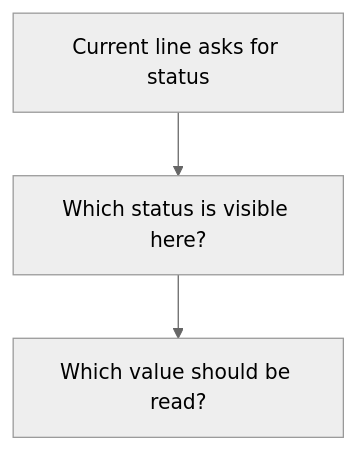
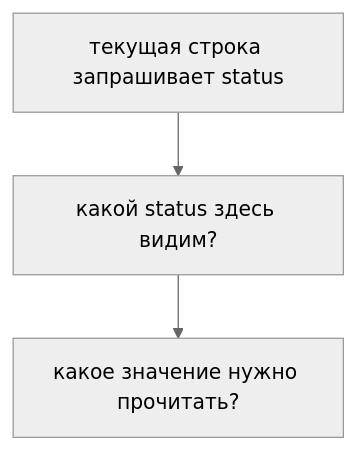
The fifth of 9 diagrams in docs/01-javascript/07-scope.md (Bimba333/qa-js-ts-cookbook), drawn with Mermaid (neutral theme) before and after one commit. The commit also changed other lines of this file and 101 other files, not shown here.

````diff
--- a/docs/01-javascript/07-scope.md
+++ b/docs/01-javascript/07-scope.md
@@ -260,8 +260,8 @@
 ```mermaid
 flowchart TD
-    N1["Current line asks for status"]
-    N2["Which status is visible here?"]
-    N3["Which value should be read?"]
+    N1["текущая строка запрашивает status"]
+    N2["какой status здесь видим?"]
+    N3["какое значение нужно прочитать?"]
     N1 --> N2
     N2 --> N3
 ```
````
